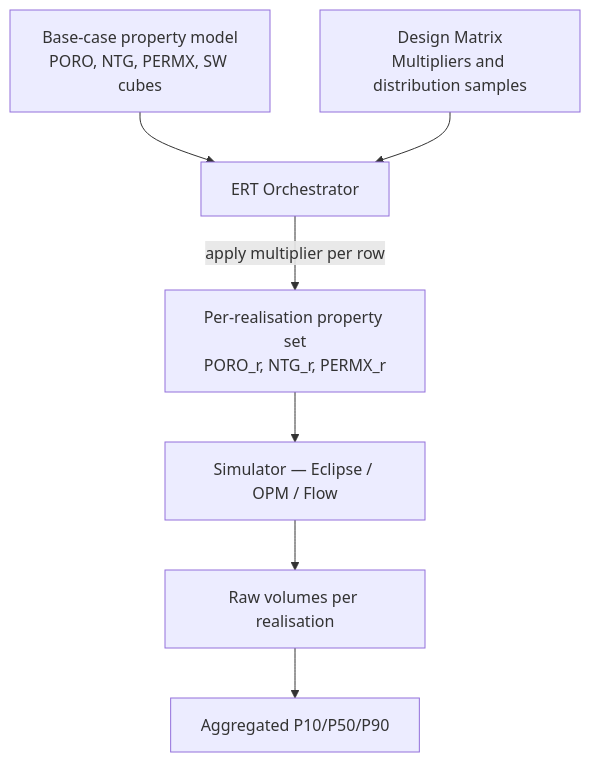
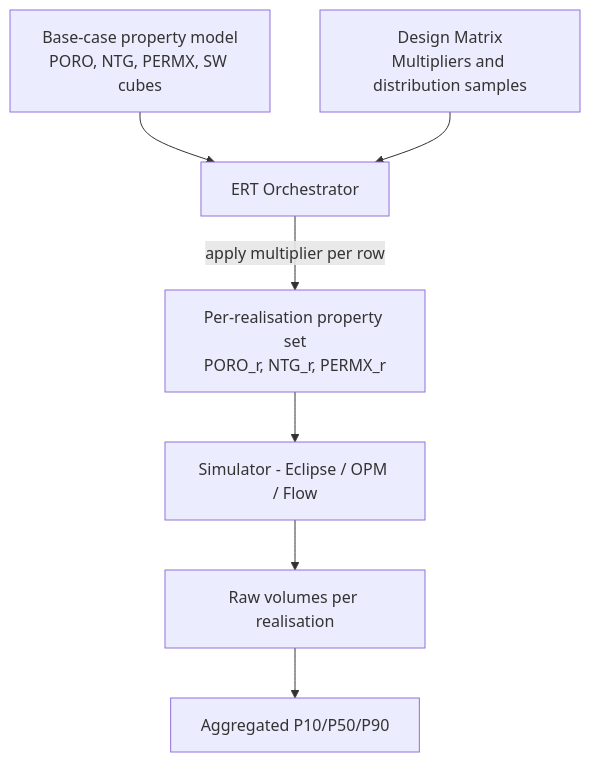
The first of 5 diagrams in md/Uncertainty.md (equinor/ores), drawn with Mermaid before and after one commit. The commit also changed other lines of this file and 57 other files, not shown here.

````diff
--- a/md/Uncertainty.md
+++ b/md/Uncertainty.md
@@ -327,17 +327,17 @@
 ```mermaid
 flowchart TD
   BASE[Base-case property model<br/>PORO, NTG, PERMX, SW cubes]
   DM[Design Matrix<br/>Multipliers and distribution samples]
   ERT[ERT Orchestrator]
   REAL[Per-realisation property set<br/>PORO_r, NTG_r, PERMX_r]
-  SIM[Simulator — Eclipse / OPM / Flow]
+  SIM[Simulator - Eclipse / OPM / Flow]
   REV[Raw volumes per realisation]
   STATS[Aggregated P10/P50/P90]
 
   BASE --> ERT
   DM --> ERT
   ERT -->|"apply multiplier per row"| REAL
   REAL --> SIM
   SIM --> REV
   REV --> STATS
 ```
````
